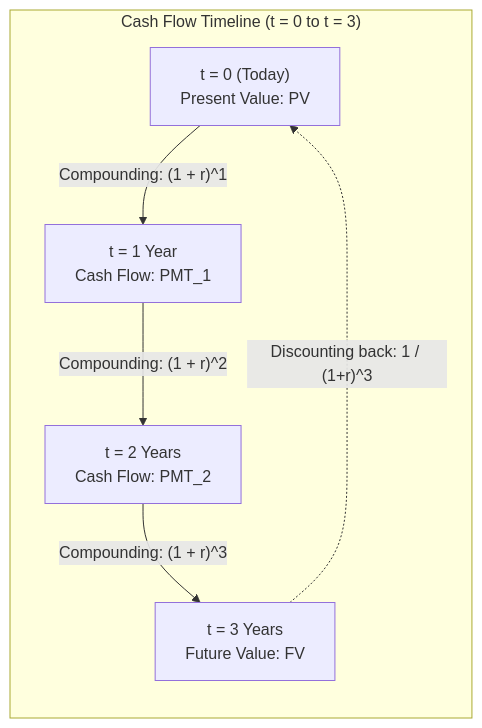
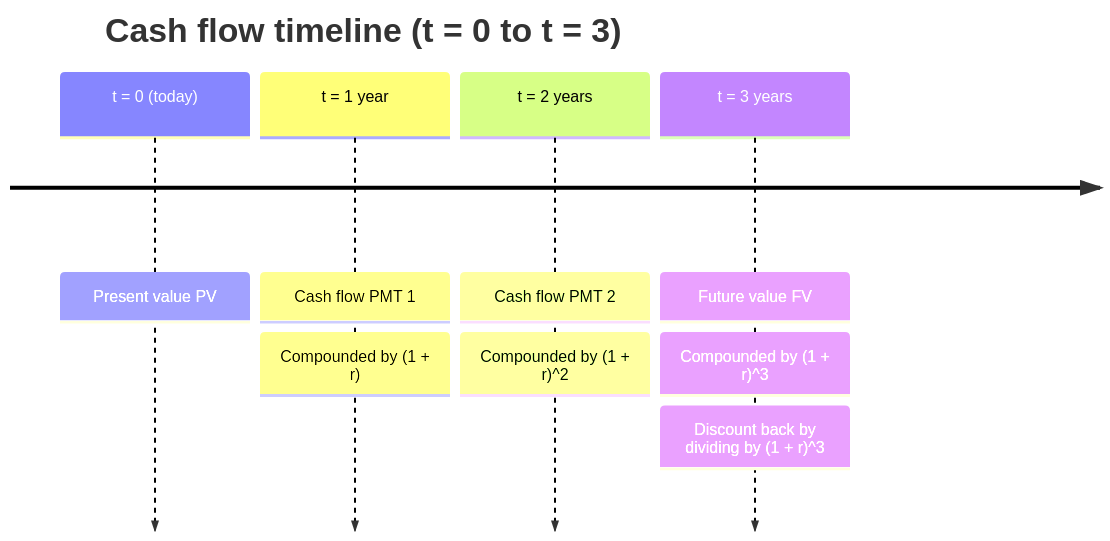
The diagram in src/content/topics/time-value-of-money/diagram.mmd (amateurcoder015/finance-fundamentals-learning-site), drawn with Mermaid before and after one commit. The commit also changed 13 other files, not shown here.

Commit message:
feat(diagrams): sequence, state and timeline diagrams for five chapters, extra-diagram support

```diff
--- a/src/content/topics/time-value-of-money/diagram.mmd
+++ b/src/content/topics/time-value-of-money/diagram.mmd
@@ -1,13 +1,6 @@
-graph LR
-    subgraph Timeline["Cash Flow Timeline (t = 0 to t = 3)"]
-        T0["t = 0 (Today)<br/>Present Value: PV"]
-        T1["t = 1 Year<br/>Cash Flow: PMT_1"]
-        T2["t = 2 Years<br/>Cash Flow: PMT_2"]
-        T3["t = 3 Years<br/>Future Value: FV"]
-    end
-
-    T0 -- "Compounding: (1 + r)^1" --> T1
-    T1 -- "Compounding: (1 + r)^2" --> T2
-    T2 -- "Compounding: (1 + r)^3" --> T3
-
-    T3 -. "Discounting back: 1 / (1+r)^3" .-> T0
+timeline
+    title Cash flow timeline (t = 0 to t = 3)
+    t = 0 (today) : Present value PV
+    t = 1 year : Cash flow PMT 1 : Compounded by (1 + r)
+    t = 2 years : Cash flow PMT 2 : Compounded by (1 + r)^2
+    t = 3 years : Future value FV : Compounded by (1 + r)^3 : Discount back by dividing by (1 + r)^3
```
